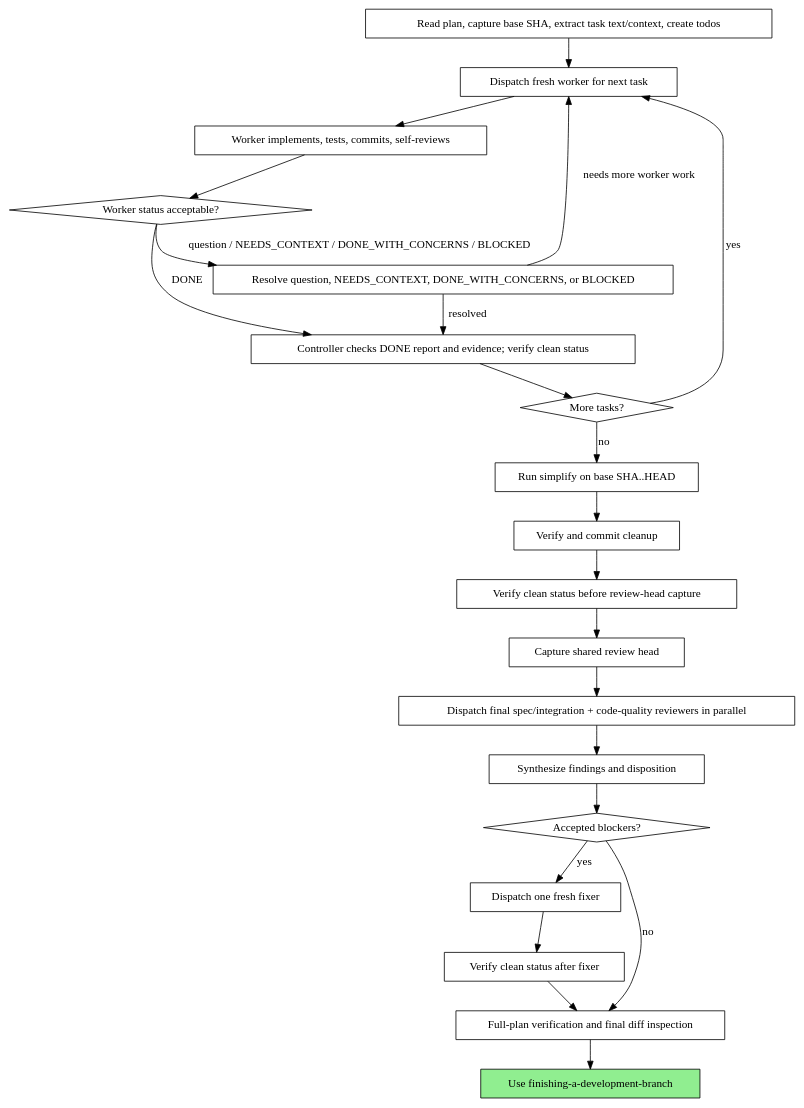
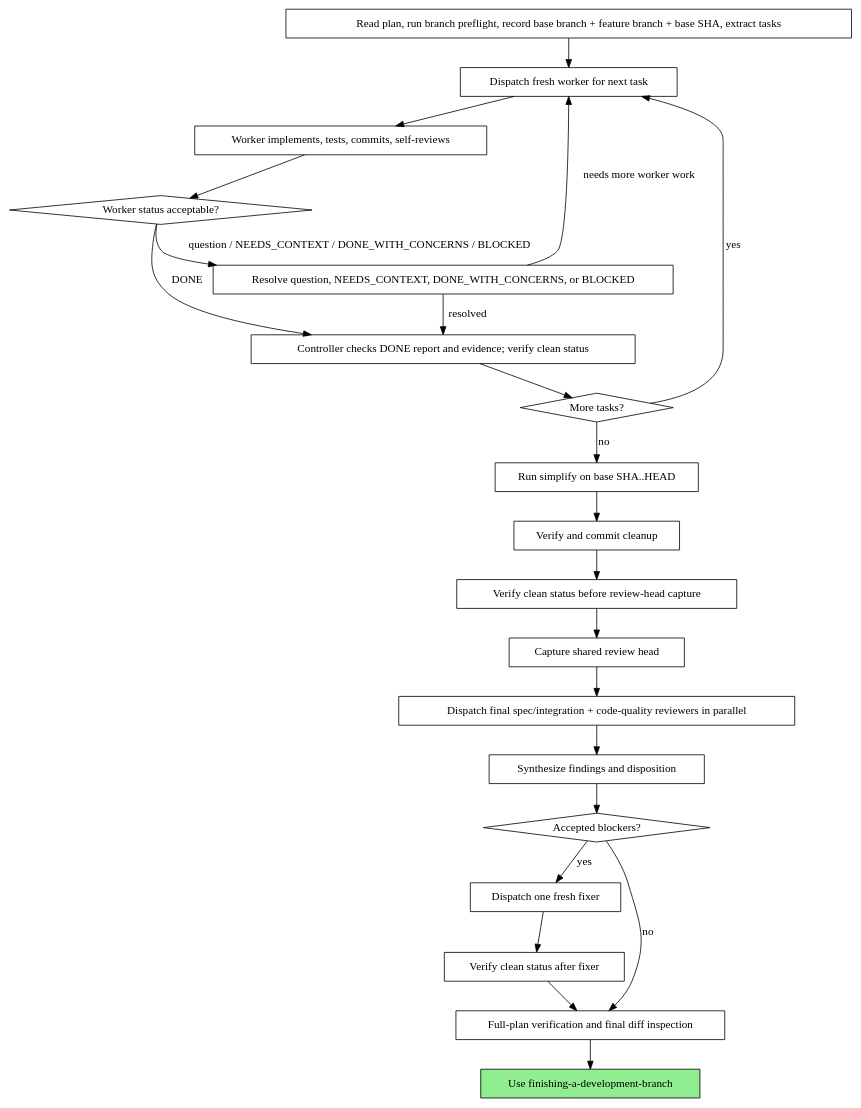
Before and after one commit to fgladisch/omp-skills: the diagram in skills/subagent-driven-development/SKILL.md, drawn with Graphviz. The commit also changed other lines of this file and 1 other file, not shown here.

````diff
--- a/skills/subagent-driven-development/SKILL.md
+++ b/skills/subagent-driven-development/SKILL.md
@@ -34,45 +60,45 @@
 ```dot
 digraph process {
     rankdir=TB;
-    "Read plan, capture base SHA, extract task text/context, create todos" [shape=box];
+    "Read plan, run branch preflight, record base branch + feature branch + base SHA, extract tasks" [shape=box];
     "Dispatch fresh worker for next task" [shape=box];
     "Worker implements, tests, commits, self-reviews" [shape=box];
     "Worker status acceptable?" [shape=diamond];
     "Resolve question, NEEDS_CONTEXT, DONE_WITH_CONCERNS, or BLOCKED" [shape=box];
     "Controller checks DONE report and evidence; verify clean status" [shape=box];
     "More tasks?" [shape=diamond];
     "Run simplify on base SHA..HEAD" [shape=box];
     "Verify and commit cleanup" [shape=box];
     "Verify clean status before review-head capture" [shape=box];
     "Capture shared review head" [shape=box];
     "Dispatch final spec/integration + code-quality reviewers in parallel" [shape=box];
     "Synthesize findings and disposition" [shape=box];
     "Accepted blockers?" [shape=diamond];
     "Dispatch one fresh fixer" [shape=box];
     "Verify clean status after fixer" [shape=box];
     "Full-plan verification and final diff inspection" [shape=box];
     "Use finishing-a-development-branch" [shape=box style=filled fillcolor=lightgreen];
 
-    "Read plan, capture base SHA, extract task text/context, create todos" -> "Dispatch fresh worker for next task";
+    "Read plan, run branch preflight, record base branch + feature branch + base SHA, extract tasks" -> "Dispatch fresh worker for next task";
     "Dispatch fresh worker for next task" -> "Worker implements, tests, commits, self-reviews";
     "Worker implements, tests, commits, self-reviews" -> "Worker status acceptable?";
     "Worker status acceptable?" -> "Resolve question, NEEDS_CONTEXT, DONE_WITH_CONCERNS, or BLOCKED" [label="question / NEEDS_CONTEXT / DONE_WITH_CONCERNS / BLOCKED"];
     "Resolve question, NEEDS_CONTEXT, DONE_WITH_CONCERNS, or BLOCKED" -> "Dispatch fresh worker for next task" [label="needs more worker work"];
     "Resolve question, NEEDS_CONTEXT, DONE_WITH_CONCERNS, or BLOCKED" -> "Controller checks DONE report and evidence; verify clean status" [label="resolved"];
     "Worker status acceptable?" -> "Controller checks DONE report and evidence; verify clean status" [label="DONE"];
     "Controller checks DONE report and evidence; verify clean status" -> "More tasks?";
     "More tasks?" -> "Dispatch fresh worker for next task" [label="yes"];
     "More tasks?" -> "Run simplify on base SHA..HEAD" [label="no"];
     "Run simplify on base SHA..HEAD" -> "Verify and commit cleanup";
     "Verify and commit cleanup" -> "Verify clean status before review-head capture";
     "Verify clean status before review-head capture" -> "Capture shared review head";
     "Capture shared review head" -> "Dispatch final spec/integration + code-quality reviewers in parallel";
     "Dispatch final spec/integration + code-quality reviewers in parallel" -> "Synthesize findings and disposition";
     "Synthesize findings and disposition" -> "Accepted blockers?";
     "Accepted blockers?" -> "Dispatch one fresh fixer" [label="yes"];
     "Accepted blockers?" -> "Full-plan verification and final diff inspection" [label="no"];
     "Dispatch one fresh fixer" -> "Verify clean status after fixer";
     "Verify clean status after fixer" -> "Full-plan verification and final diff inspection";
     "Full-plan verification and final diff inspection" -> "Use finishing-a-development-branch";
 }
 ```
````
